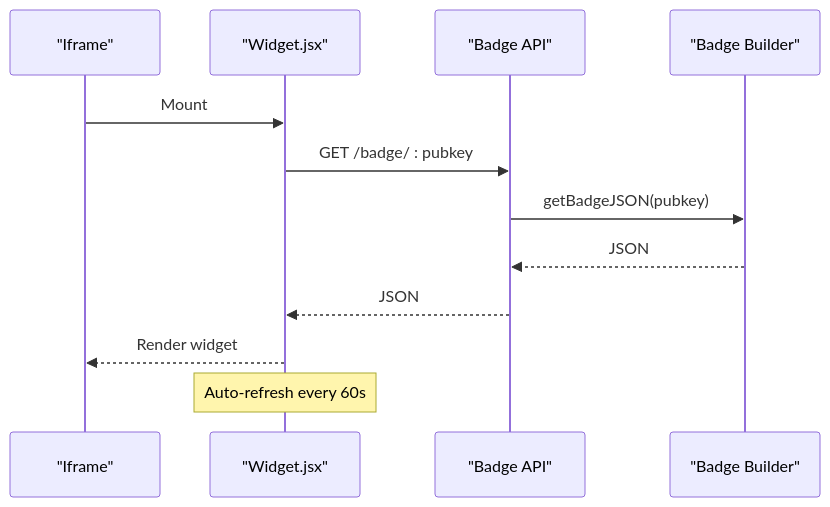
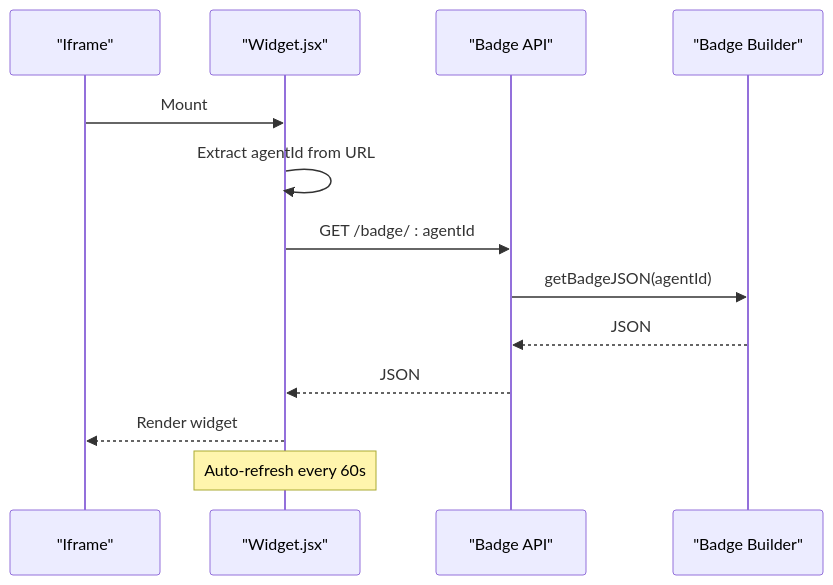
Before and after one commit to RunTimeAdmin/AgentID: the fifth of 6 diagrams in .qoder/repowiki/en/content/Service Layer/Badge Services.md, drawn with Mermaid. The commit also changed other lines of this file and 31 other files, not shown here.

````diff
--- a/.qoder/repowiki/en/content/Service Layer/Badge Services.md
+++ b/.qoder/repowiki/en/content/Service Layer/Badge Services.md
@@ -253,14 +258,15 @@
 ```mermaid
 sequenceDiagram
 participant Iframe as "Iframe"
 participant Widget as "Widget.jsx"
 participant API as "Badge API"
 participant Builder as "Badge Builder"
 Iframe->>Widget : Mount
-Widget->>API : GET /badge/ : pubkey
-API->>Builder : getBadgeJSON(pubkey)
+Widget->>Widget : Extract agentId from URL
+Widget->>API : GET /badge/ : agentId
+API->>Builder : getBadgeJSON(agentId)
 Builder-->>API : JSON
 API-->>Widget : JSON
 Widget-->>Iframe : Render widget
 Note over Widget : Auto-refresh every 60s
 ```
````
